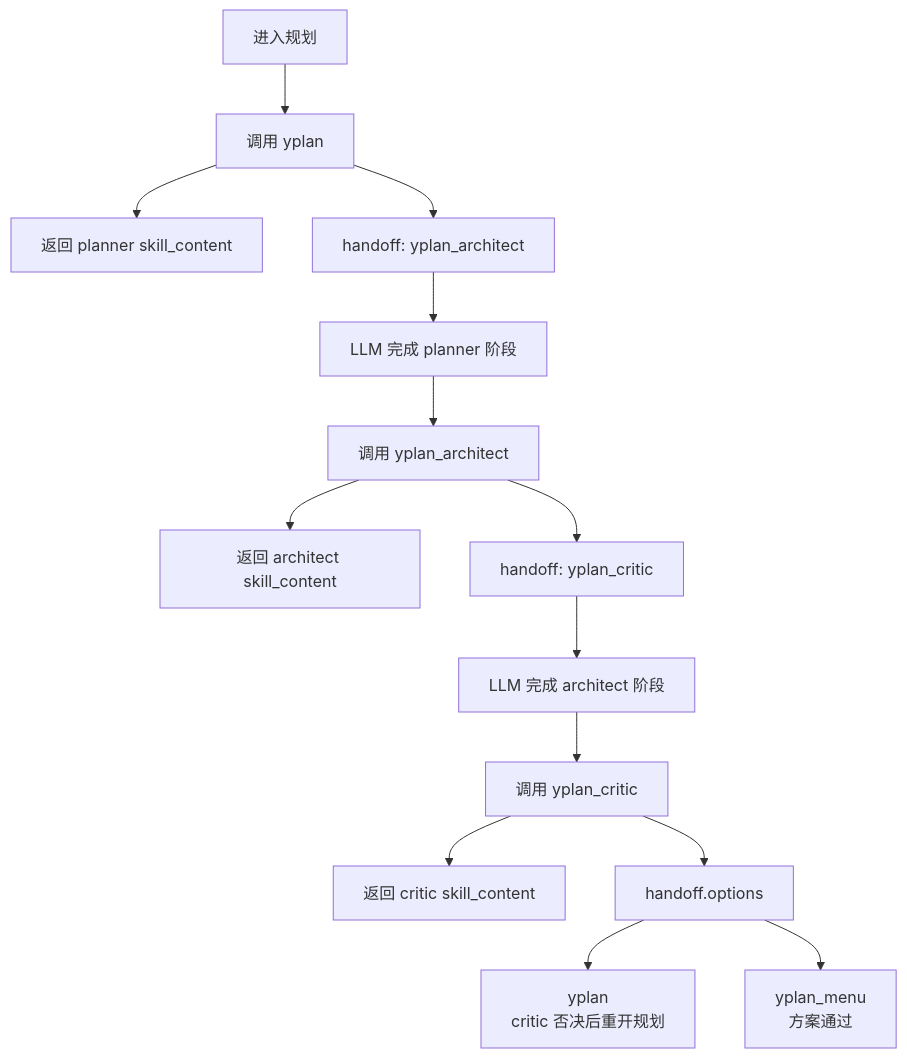
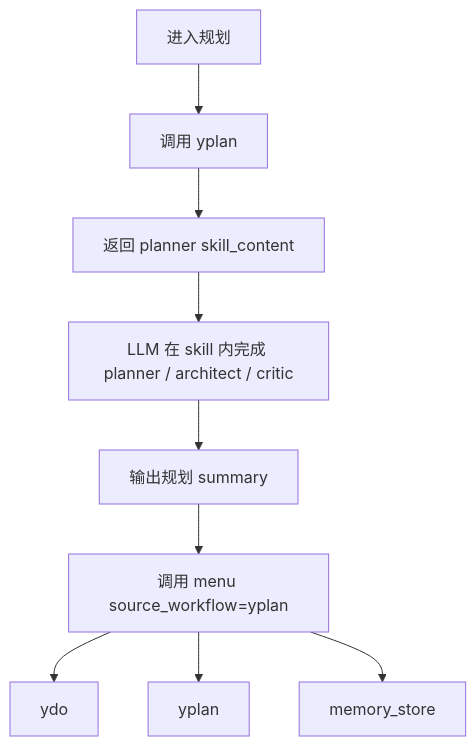
The second of 3 diagrams in docs/current-workflow-flowcharts.md (CodeyLife/Ymcp), drawn with Mermaid before and after one commit. The commit also changed other lines of this file and 27 other files, not shown here.

````diff
--- a/docs/current-workflow-flowcharts.md
+++ b/docs/current-workflow-flowcharts.md
@@ -51,16 +22,11 @@
 ```mermaid
 flowchart TD
     A[进入规划] --> B[调用 yplan]
     B --> C[返回 planner skill_content]
-    B --> D[handoff: yplan_architect]
-    D --> E[LLM 完成 planner 阶段]
-    E --> F[调用 yplan_architect]
-    F --> G[返回 architect skill_content]
-    F --> H[handoff: yplan_critic]
-    H --> I[LLM 完成 architect 阶段]
-    I --> J[调用 yplan_critic]
-    J --> K[返回 critic skill_content]
-    J --> L[handoff.options]
-    L --> M[yplan<br/>critic 否决后重开规划]
-    L --> N[yplan_menu<br/>方案通过]
+    C --> D[LLM 在 skill 内完成 planner / architect / critic]
+    D --> E[输出规划 summary]
+    E --> F[调用 menu source_workflow=yplan]
+    F --> G[ydo]
+    F --> H[yplan]
+    F --> I[memory_store]
 ```
````
